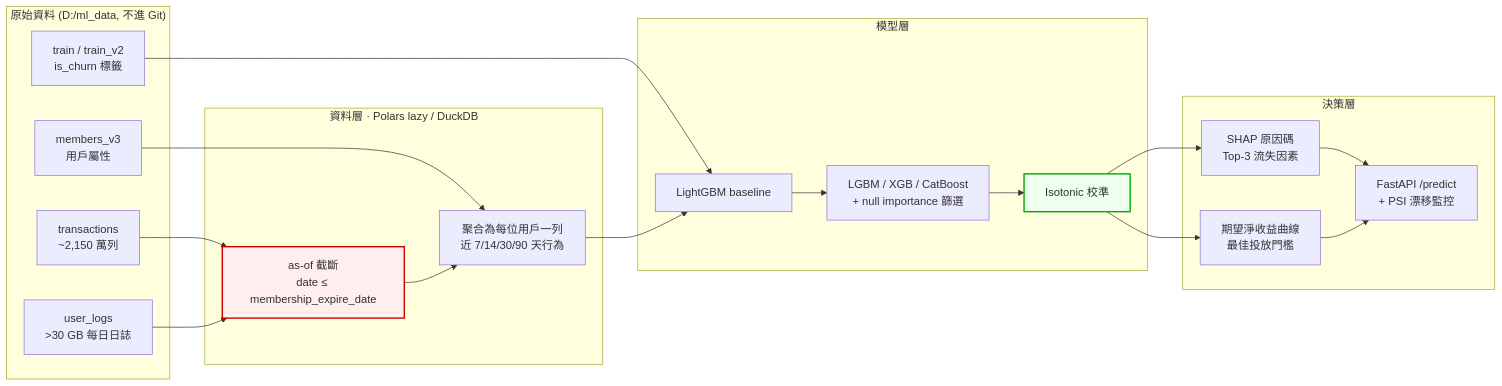
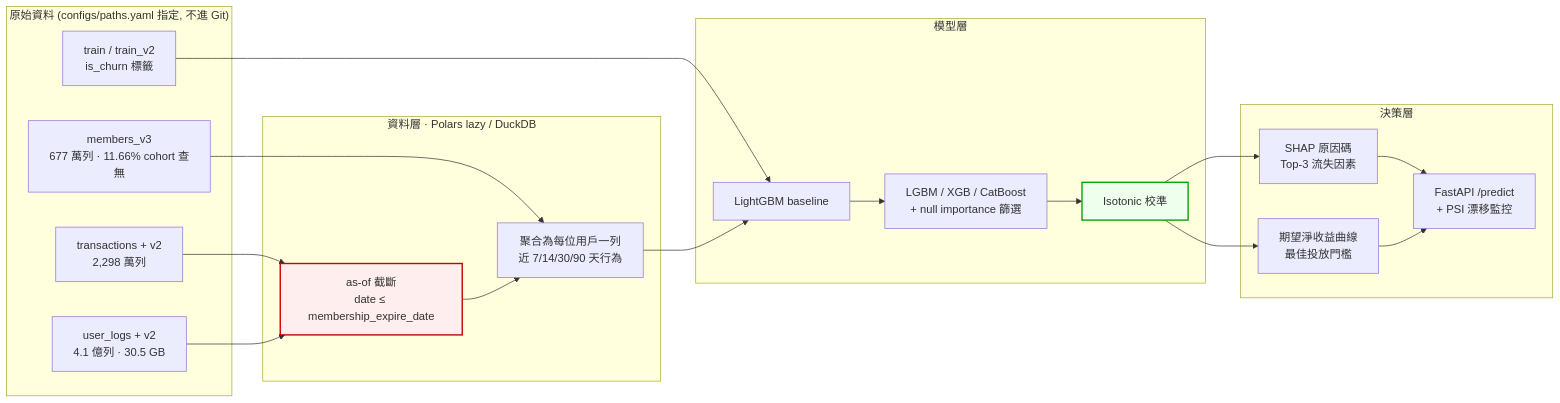
The diagram in README.md (lee851104/ML_kkbox), drawn with Mermaid before and after one commit. The commit also changed other lines of this file, not shown here.

````diff
--- a/README.md
+++ b/README.md
@@ -38,40 +41,40 @@
 ```mermaid
 flowchart LR
-    subgraph SRC["原始資料 (D:/ml_data, 不進 Git)"]
-        T["transactions<br/>~2,150 萬列"]
-        L["user_logs<br/>&gt;30 GB 每日日誌"]
-        M["members_v3<br/>用戶屬性"]
+    subgraph SRC["原始資料 (configs/paths.yaml 指定, 不進 Git)"]
+        T["transactions + v2<br/>2,298 萬列"]
+        L["user_logs + v2<br/>4.1 億列 · 30.5 GB"]
+        M["members_v3<br/>677 萬列 · 11.66% cohort 查無"]
         Y["train / train_v2<br/>is_churn 標籤"]
     end
 
     subgraph ETL["資料層 · Polars lazy / DuckDB"]
         CUT["as-of 截斷<br/>date &le; membership_expire_date"]
         AGG["聚合為每位用戶一列<br/>近 7/14/30/90 天行為"]
     end
 
     subgraph MODEL["模型層"]
         BASE["LightGBM baseline"]
         CMP["LGBM / XGB / CatBoost<br/>+ null importance 篩選"]
         CAL["Isotonic 校準"]
     end
 
     subgraph OUT["決策層"]
         SHAP["SHAP 原因碼<br/>Top-3 流失因素"]
         ROI["期望淨收益曲線<br/>最佳投放門檻"]
         API["FastAPI /predict<br/>+ PSI 漂移監控"]
     end
 
     T --> CUT
     L --> CUT
     M --> AGG
     Y --> BASE
     CUT --> AGG
     AGG --> BASE --> CMP --> CAL
     CAL --> SHAP
     CAL --> ROI
     SHAP --> API
     ROI --> API
 
     style CUT fill:#fee,stroke:#c00,stroke-width:2px
     style CAL fill:#efe,stroke:#0a0,stroke-width:2px
 ```
````
